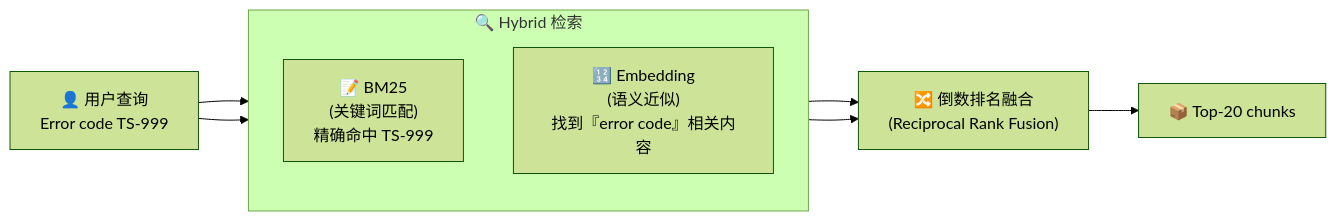
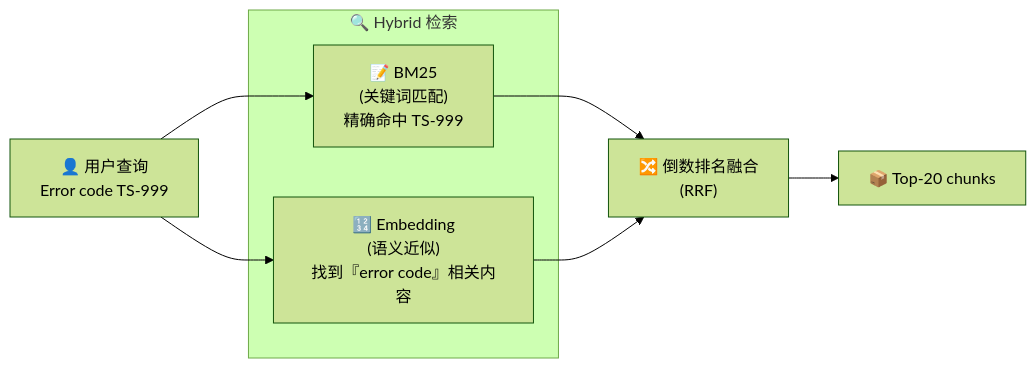
The first of 2 diagrams in note/11.ai/training/lession16/README3.md (wb04307201/wb04307201), drawn with Mermaid (forest theme) before and after one commit. The commit also changed other lines of this file and 8 other files, not shown here.

````diff
--- a/note/11.ai/training/lession16/README3.md
+++ b/note/11.ai/training/lession16/README3.md
@@ -41,16 +52,13 @@
 ```mermaid
 graph LR
     Q["👤 用户查询<br/>Error code TS-999"]
-
     subgraph Hybrid["🔍 Hybrid 检索"]
-        direction TB
         BM["📝 BM25<br/>(关键词匹配)<br/>精确命中 TS-999"]
         EMB["🔢 Embedding<br/>(语义近似)<br/>找到『error code』相关内容"]
     end
-
     Q --> BM
     Q --> EMB
-    BM --> Fusion["🔀 倒数排名融合<br/>(Reciprocal Rank Fusion)"]
+    BM --> Fusion["🔀 倒数排名融合<br/>(RRF)"]
     EMB --> Fusion
     Fusion --> Top["📦 Top-20 chunks"]
 ```
````
